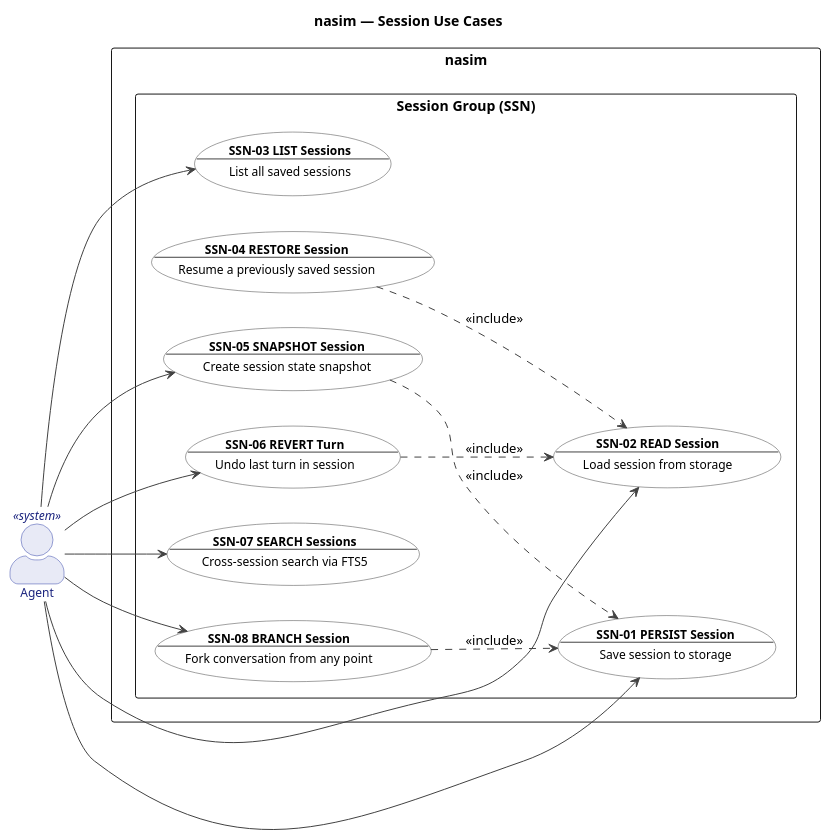
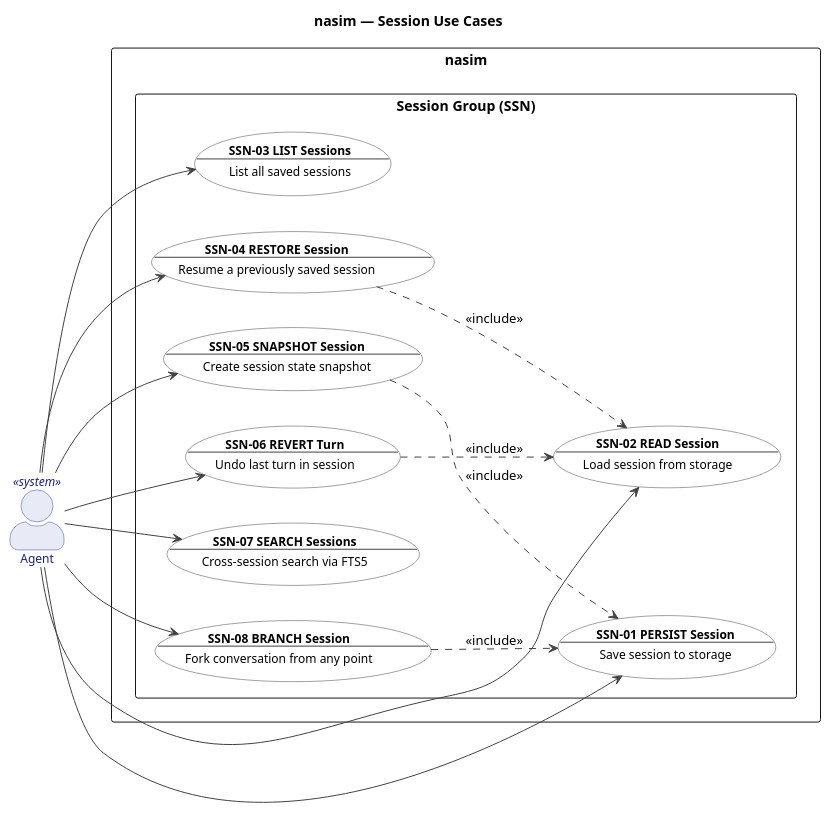
One commit to salimnamvar/nasim changed the first of 22 diagrams in UC.md. Above: the diagram before and after it, drawn with PlantUML. The commit also changed other lines of this file and 5 other files, not shown here.

First line of the commit message:
docs: Refactor state machine and use case diagrams for clarity and consistency

```diff
--- a/UC.md
+++ b/UC.md
@@ -232,6 +232,7 @@
 Agent --> SSN01
 Agent --> SSN02
 Agent --> SSN03
+Agent --> SSN04
 Agent --> SSN05
 Agent --> SSN06
 Agent --> SSN07
```
